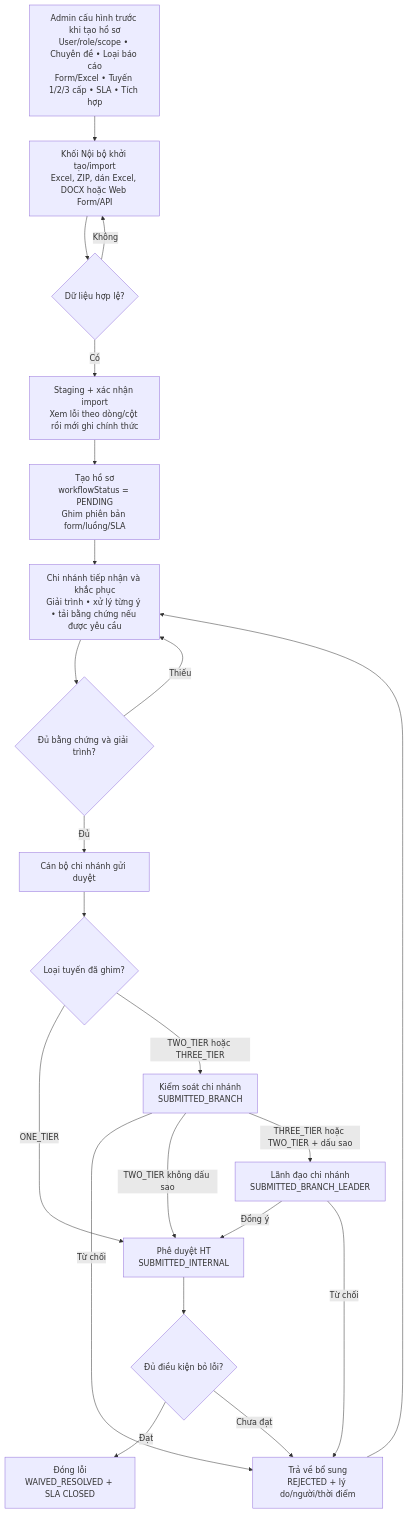
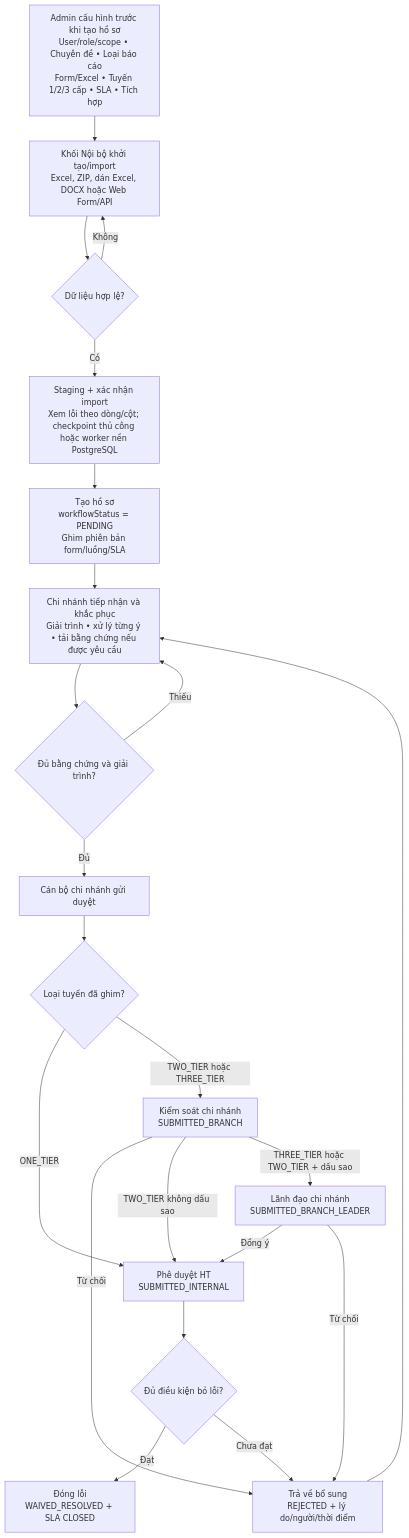
The first of 3 diagrams in LUU_DO_VAN_HANH_CHI_TIET.md (Kiemtra07/BGRC), drawn with Mermaid before and after one commit. The commit also changed other lines of this file and 97 other files, not shown here.

````diff
--- a/LUU_DO_VAN_HANH_CHI_TIET.md
+++ b/LUU_DO_VAN_HANH_CHI_TIET.md
@@ -26,35 +26,35 @@
 ```mermaid
 flowchart TD
     A0["Admin cấu hình trước khi tạo hồ sơ<br/>User/role/scope • Chuyên đề • Loại báo cáo<br/>Form/Excel • Tuyến 1/2/3 cấp • SLA • Tích hợp"]
     A1["Khối Nội bộ khởi tạo/import<br/>Excel, ZIP, dán Excel, DOCX hoặc Web Form/API"]
     A2{"Dữ liệu hợp lệ?"}
-    A3["Staging + xác nhận import<br/>Xem lỗi theo dòng/cột rồi mới ghi chính thức"]
+    A3["Staging + xác nhận import<br/>Xem lỗi theo dòng/cột; checkpoint thủ công hoặc worker nền PostgreSQL"]
     P["Tạo hồ sơ<br/>workflowStatus = PENDING<br/>Ghim phiên bản form/luồng/SLA"]
     B["Chi nhánh tiếp nhận và khắc phục<br/>Giải trình • xử lý từng ý • tải bằng chứng nếu được yêu cầu"]
     Q{"Đủ bằng chứng và giải trình?"}
     S["Cán bộ chi nhánh gửi duyệt"]
     R{"Loại tuyến đã ghim?"}
     C["Kiểm soát chi nhánh<br/>SUBMITTED_BRANCH"]
     L["Lãnh đạo chi nhánh<br/>SUBMITTED_BRANCH_LEADER"]
     H["Phê duyệt HT<br/>SUBMITTED_INTERNAL"]
     F{"Đủ điều kiện bỏ lỗi?"}
     D["Đóng lỗi<br/>WAIVED_RESOLVED + SLA CLOSED"]
     X["Trả về bổ sung<br/>REJECTED + lý do/người/thời điểm"]
 
     A0 --> A1 --> A2
     A2 -->|Không| A1
     A2 -->|Có| A3 --> P --> B --> Q
     Q -->|Thiếu| B
     Q -->|Đủ| S --> R
     R -->|ONE_TIER| H
     R -->|TWO_TIER hoặc THREE_TIER| C
     C -->|Từ chối| X
     C -->|TWO_TIER không dấu sao| H
     C -->|THREE_TIER hoặc TWO_TIER + dấu sao| L
     L -->|Đồng ý| H
     L -->|Từ chối| X
     H --> F
     F -->|Đạt| D
     F -->|Chưa đạt| X
     X --> B
 ```
````
